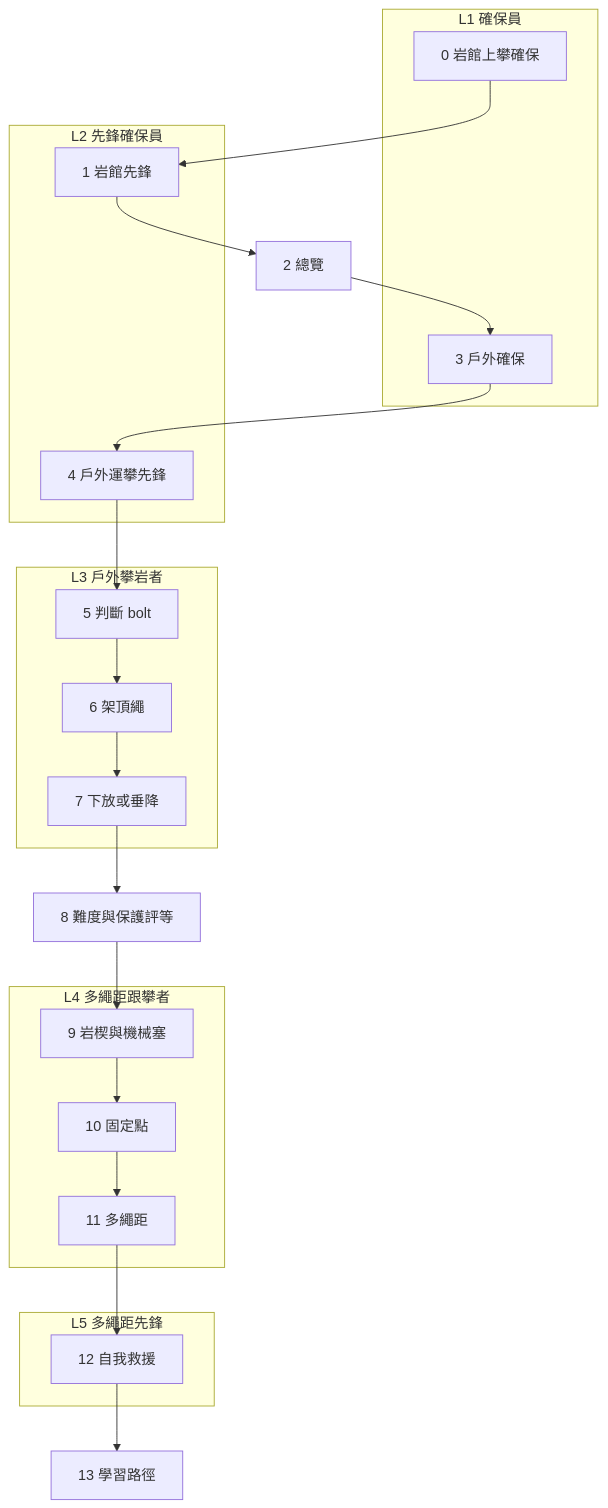
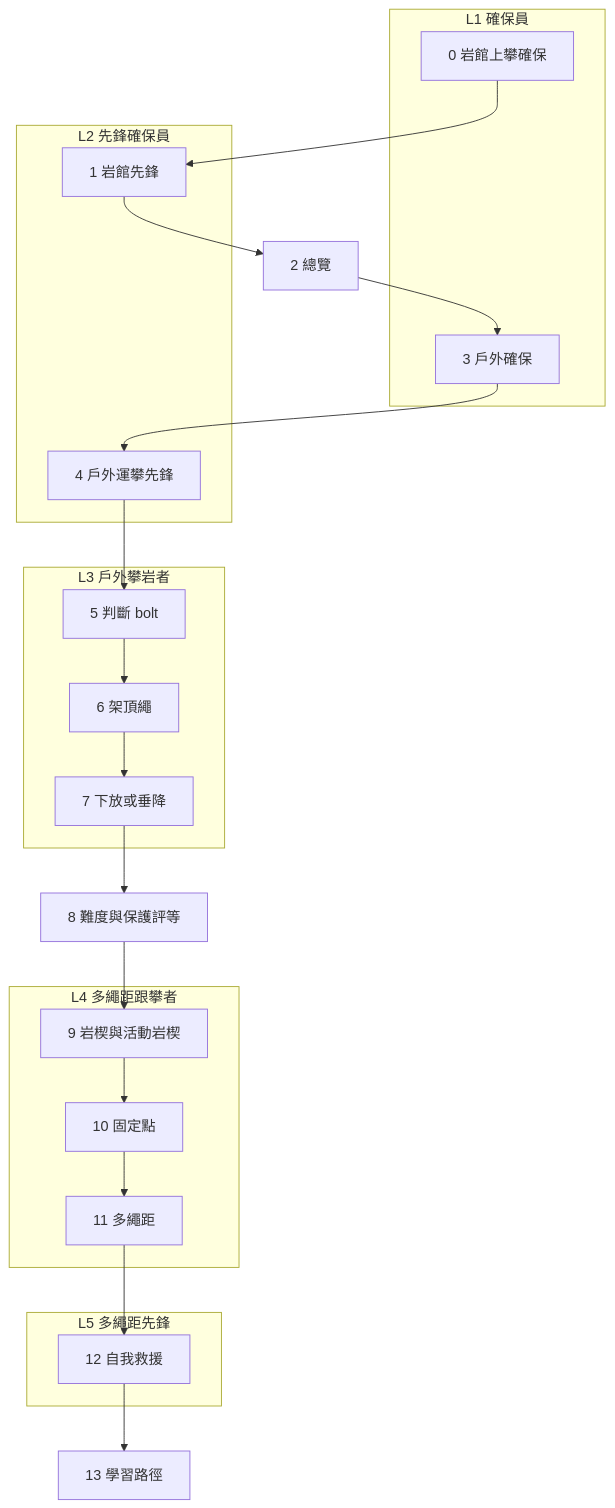
One commit to vincentxuu/quidproquo changed the diagram in src/content/posts/climbing/2026-10-17-sport-vs-trad-overview.md. Above: the diagram before and after it, drawn with Mermaid. The commit also changed other lines of this file and 18 other files, not shown here.

````diff
--- a/src/content/posts/climbing/2026-10-17-sport-vs-trad-overview.md
+++ b/src/content/posts/climbing/2026-10-17-sport-vs-trad-overview.md
@@ -150,28 +150,28 @@
 ```mermaid
 flowchart TB
   subgraph S1["L1 確保員"]
     P0["0 岩館上攀確保"]
     P3["3 戶外確保"]
   end
   subgraph S2["L2 先鋒確保員"]
     P1["1 岩館先鋒"]
     P4["4 戶外運攀先鋒"]
   end
   P2["2 總覽"]
   subgraph S3["L3 戶外攀岩者"]
     P5["5 判斷 bolt"]
     P6["6 架頂繩"]
     P7["7 下放或垂降"]
   end
   P8["8 難度與保護評等"]
   subgraph S4["L4 多繩距跟攀者"]
-    P9["9 岩楔與機械塞"]
+    P9["9 岩楔與活動岩楔"]
     P10["10 固定點"]
     P11["11 多繩距"]
   end
   subgraph S5["L5 多繩距先鋒"]
     P12["12 自我救援"]
   end
   P13["13 學習路徑"]
   P0 --> P1 --> P2 --> P3 --> P4 --> P5 --> P6 --> P7 --> P8 --> P9 --> P10 --> P11 --> P12 --> P13
 ```
````
